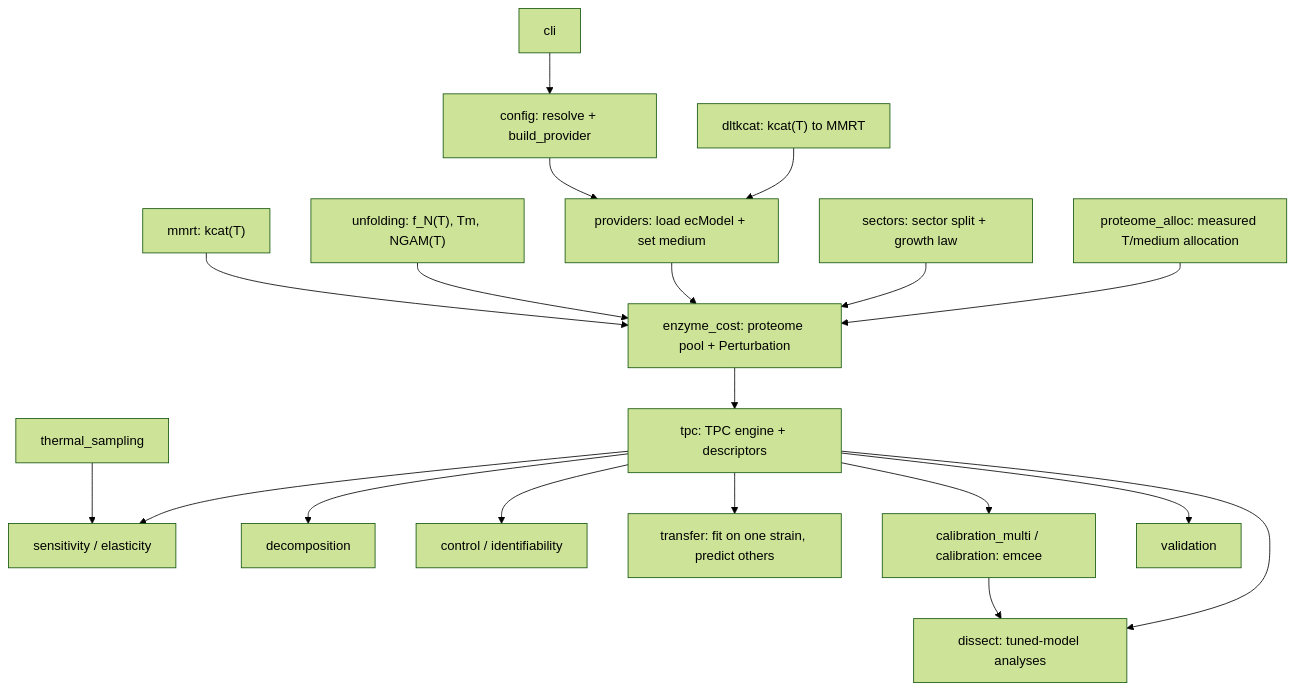
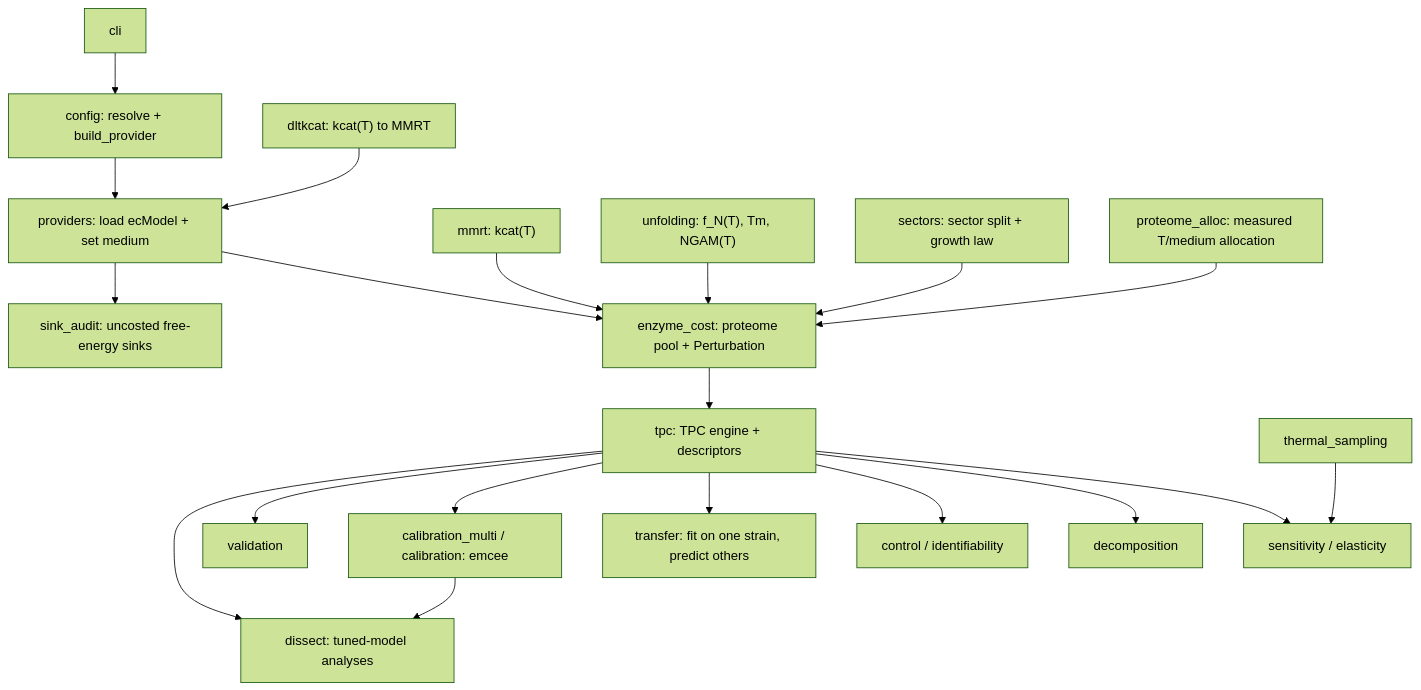
Before and after one commit to GabYvonDurocher/etcGEMs: the diagram in README.md, drawn with Mermaid (forest theme). The commit also changed other lines of this file and 10 other files, not shown here.

````diff
--- a/README.md
+++ b/README.md
@@ -184,21 +193,22 @@
 ```mermaid
 flowchart TD
   cli["cli"] --> config["config: resolve + build_provider"]
   config --> providers["providers: load ecModel + set medium"]
   dltkcat["dltkcat: kcat(T) to MMRT"] --> providers
   mmrt["mmrt: kcat(T)"] --> enzyme_cost
   unfolding["unfolding: f_N(T), Tm, NGAM(T)"] --> enzyme_cost
   providers --> enzyme_cost["enzyme_cost: proteome pool + Perturbation"]
   sectors["sectors: sector split + growth law"] --> enzyme_cost
   proteome_alloc["proteome_alloc: measured T/medium allocation"] --> enzyme_cost
   enzyme_cost --> tpc["tpc: TPC engine + descriptors"]
   thermal_sampling["thermal_sampling"] --> sensitivity
   tpc --> sensitivity["sensitivity / elasticity"]
   tpc --> decomposition["decomposition"]
   tpc --> control["control / identifiability"]
   tpc --> transfer["transfer: fit on one strain, predict others"]
+  providers --> sink_audit["sink_audit: uncosted free-energy sinks"]
   tpc --> calmulti["calibration_multi / calibration: emcee"]
   tpc --> validation["validation"]
   calmulti --> dissect["dissect: tuned-model analyses"]
   tpc --> dissect
 ```
````
